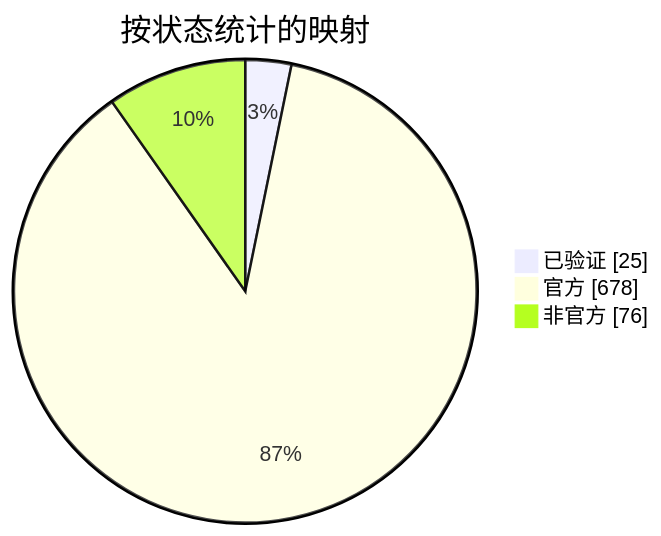
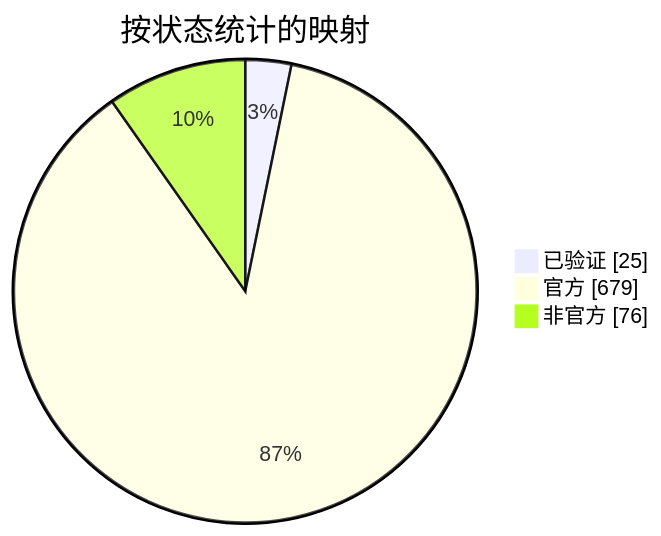
One commit to nobrega8/mbmap-library changed the diagram in docs/readme/README_ZHS.md. Above: the diagram before and after it, drawn with Mermaid. The commit also changed 6 other files, not shown here.

````diff
--- a/docs/readme/README_ZHS.md
+++ b/docs/readme/README_ZHS.md
@@ -54,7 +54,7 @@
 ```mermaid
 pie showData
     title 按状态统计的映射
     "已验证" : 25
-    "官方" : 678
+    "官方" : 679
     "非官方" : 76
 ```
````
